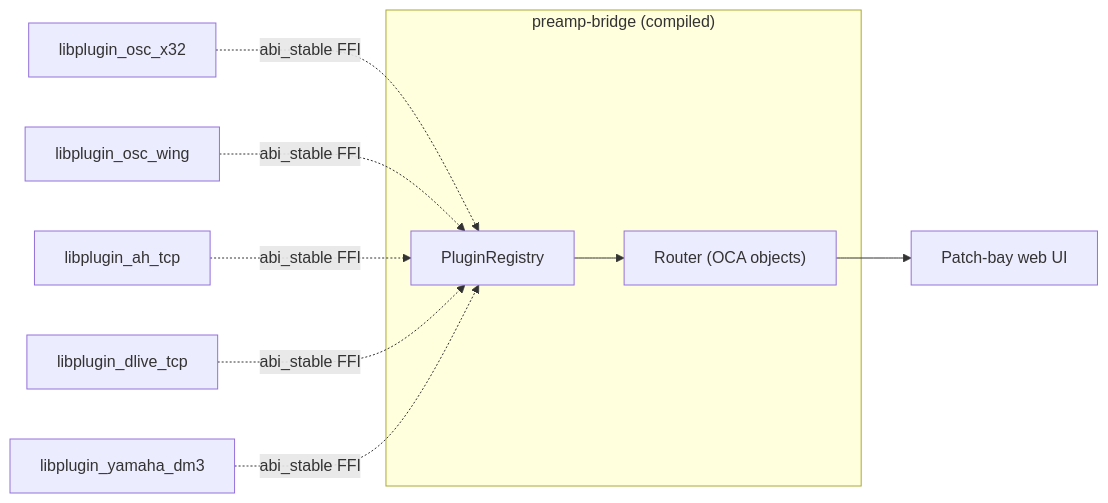
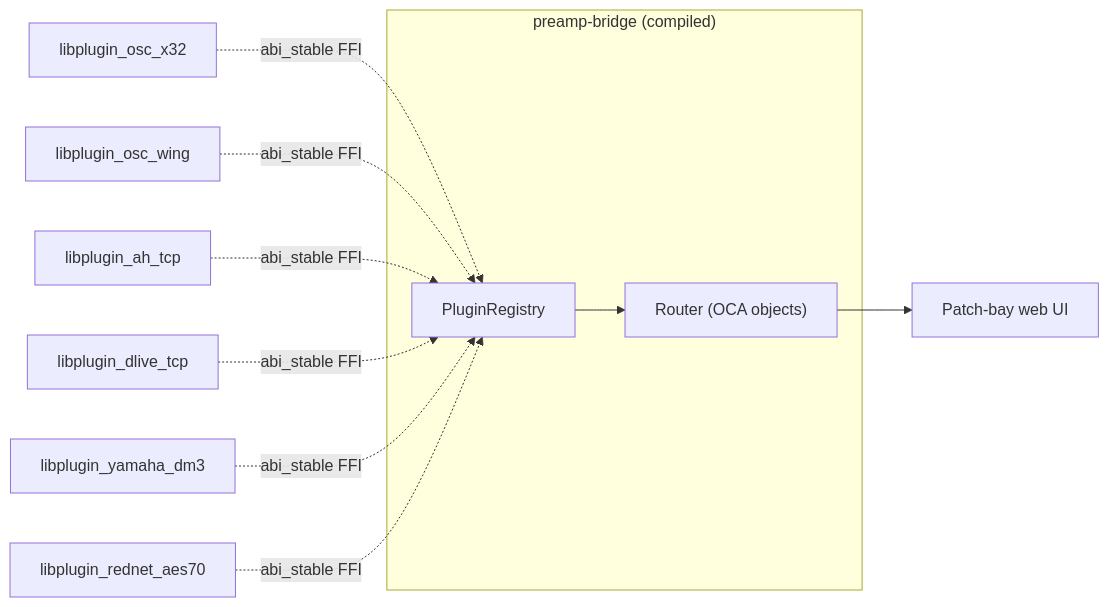
Before and after one commit to stoatworks-labs/Dante-BabelBox: the second of 2 diagrams in README.md, drawn with Mermaid. The commit also changed other lines of this file and 19 other files, not shown here.

````diff
--- a/README.md
+++ b/README.md
@@ -221,13 +222,14 @@
 ```mermaid
 flowchart LR
     subgraph Host["preamp-bridge (compiled)"]
         Reg["PluginRegistry"]
         Reg --> Router
     end
     X32["libplugin_osc_x32"] -. abi_stable FFI .-> Reg
     Wing["libplugin_osc_wing"] -. abi_stable FFI .-> Reg
     Ahm["libplugin_ah_tcp"] -. abi_stable FFI .-> Reg
     Dlive["libplugin_dlive_tcp"] -. abi_stable FFI .-> Reg
     Dm3["libplugin_yamaha_dm3"] -. abi_stable FFI .-> Reg
+    RedNet["libplugin_rednet_aes70"] -. abi_stable FFI .-> Reg
     Router["Router (OCA objects)"] --> Web["Patch-bay web UI"]
 ```
````
